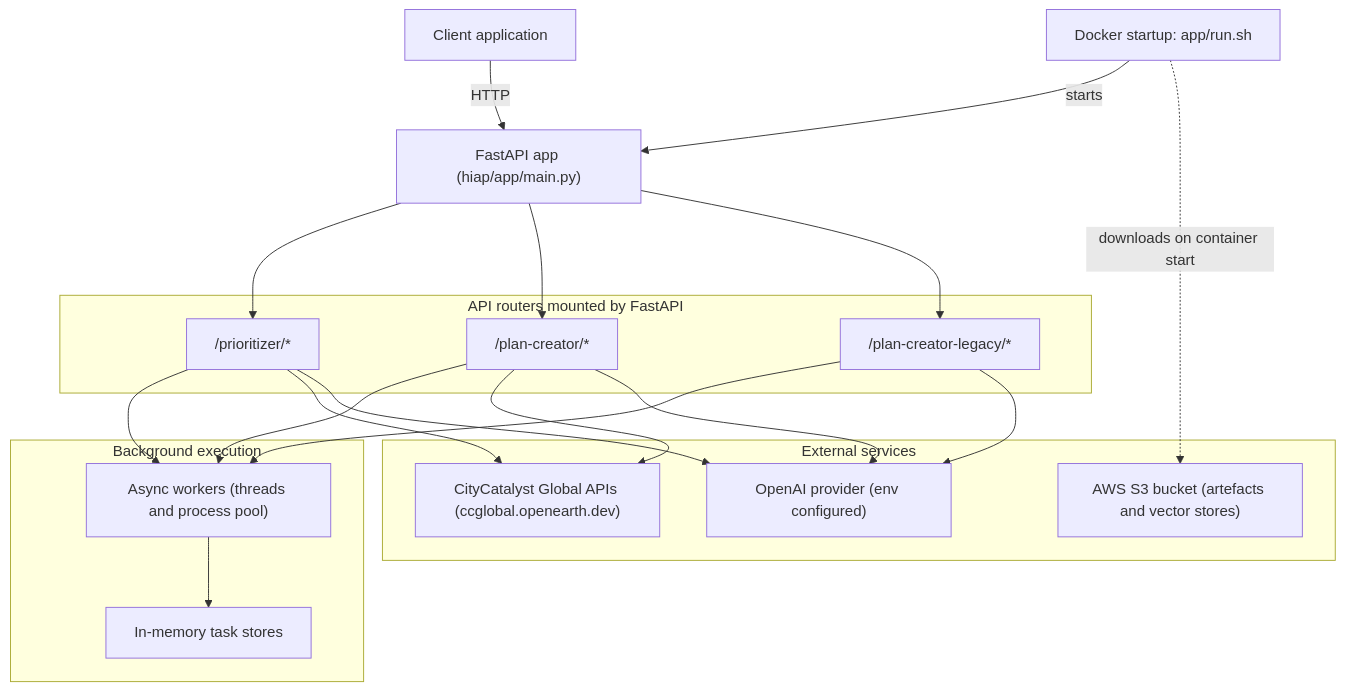
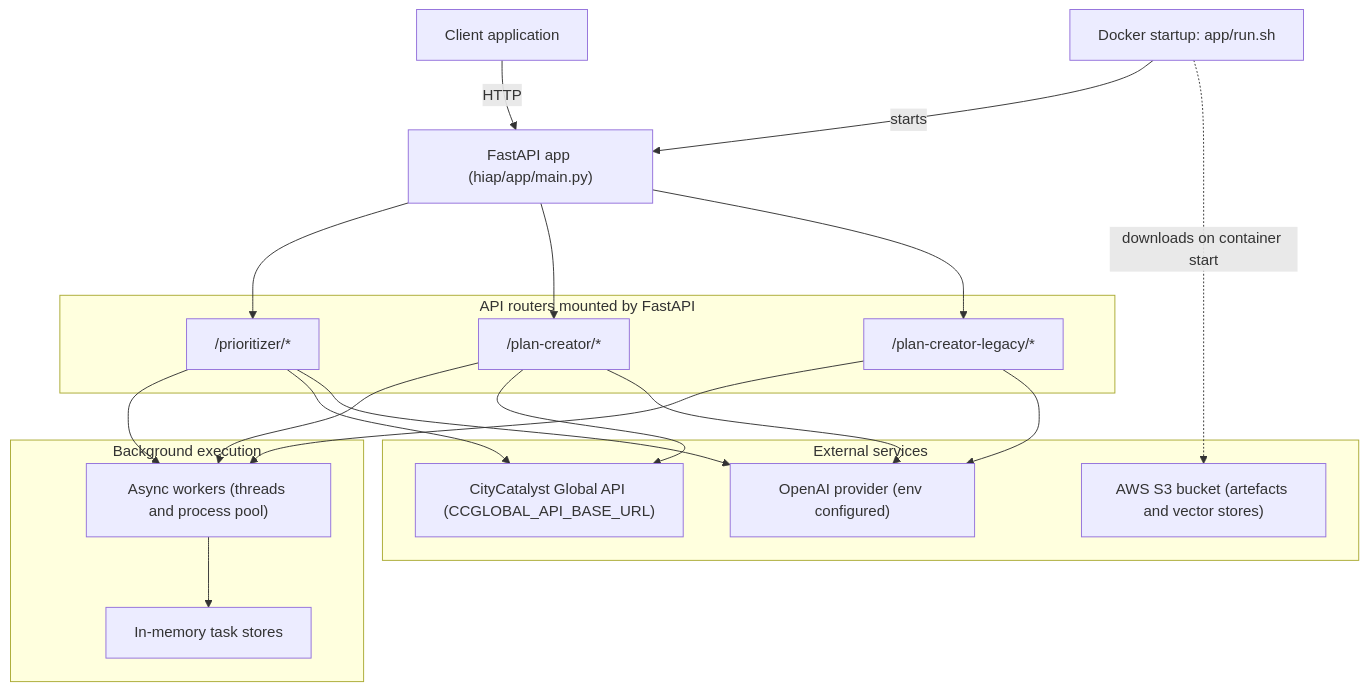
One commit to Open-Earth-Foundation/CityCatalyst changed the diagram in hiap/docs/architecture.md. Above: the diagram before and after it, drawn with Mermaid. The commit also changed other lines of this file and 15 other files, not shown here.

Commit message:
chore: aligned the envs, changed hiap URL for prod to prod global api prod url, added tests

````diff
--- a/hiap/docs/architecture.md
+++ b/hiap/docs/architecture.md
@@ -7,39 +7,39 @@
 ```mermaid
 flowchart TB
   Client["Client application"] -->|HTTP| FastAPI["FastAPI app (hiap/app/main.py)"]
 
   subgraph Routers["API routers mounted by FastAPI"]
     Prioritizer["/prioritizer/*"]
     PlanCreator["/plan-creator/*"]
     LegacyPlanCreator["/plan-creator-legacy/*"]
   end
 
   FastAPI --> Prioritizer
   FastAPI --> PlanCreator
   FastAPI --> LegacyPlanCreator
 
   subgraph Execution["Background execution"]
     Exec["Async workers (threads and process pool)"]
     Memory["In-memory task stores"]
   end
 
   Prioritizer --> Exec
   PlanCreator --> Exec
   LegacyPlanCreator --> Exec
   Exec --> Memory
 
   subgraph External["External services"]
-    GlobalAPI["CityCatalyst Global APIs (ccglobal.openearth.dev)"]
+    GlobalAPI["CityCatalyst Global API (CCGLOBAL_API_BASE_URL)"]
     OpenAI["OpenAI provider (env configured)"]
     S3["AWS S3 bucket (artefacts and vector stores)"]
   end
 
   Prioritizer --> GlobalAPI
   PlanCreator --> GlobalAPI
   Prioritizer --> OpenAI
   PlanCreator --> OpenAI
   LegacyPlanCreator --> OpenAI
 
   RunSh["Docker startup: app/run.sh"] -->|starts| FastAPI
   RunSh -. downloads on container start .-> S3
 ```
````
